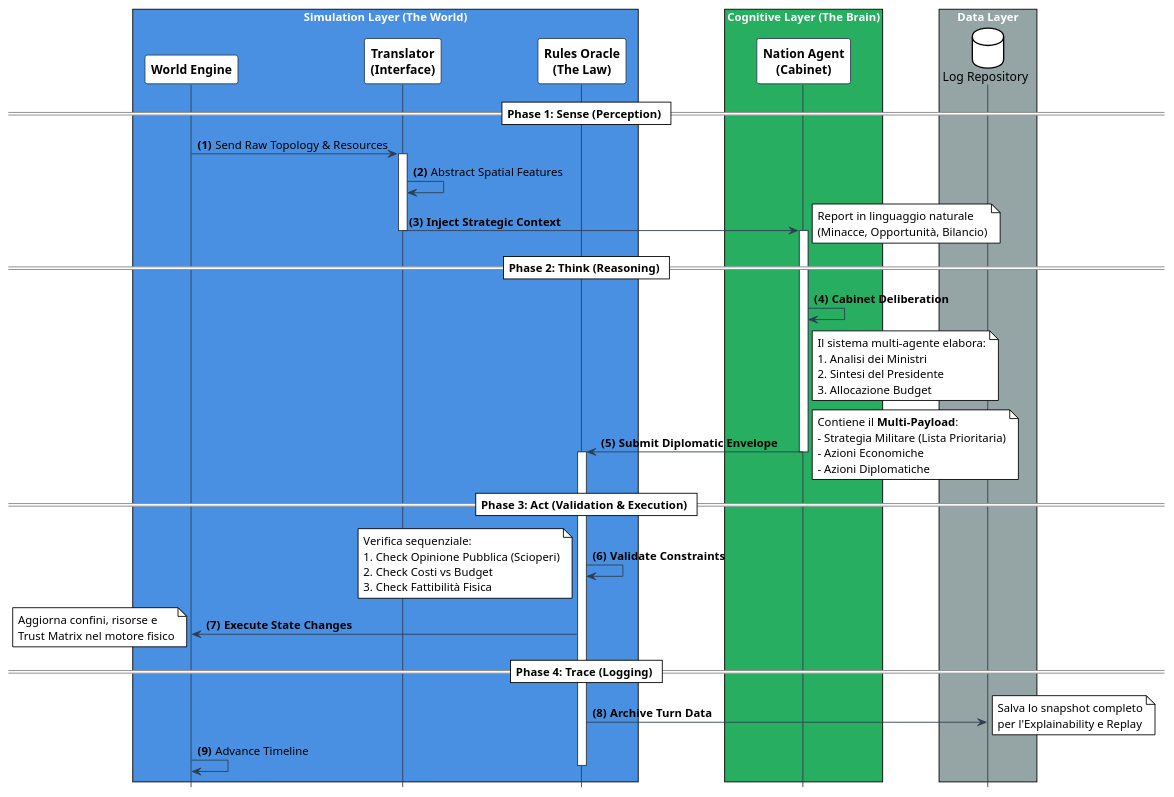
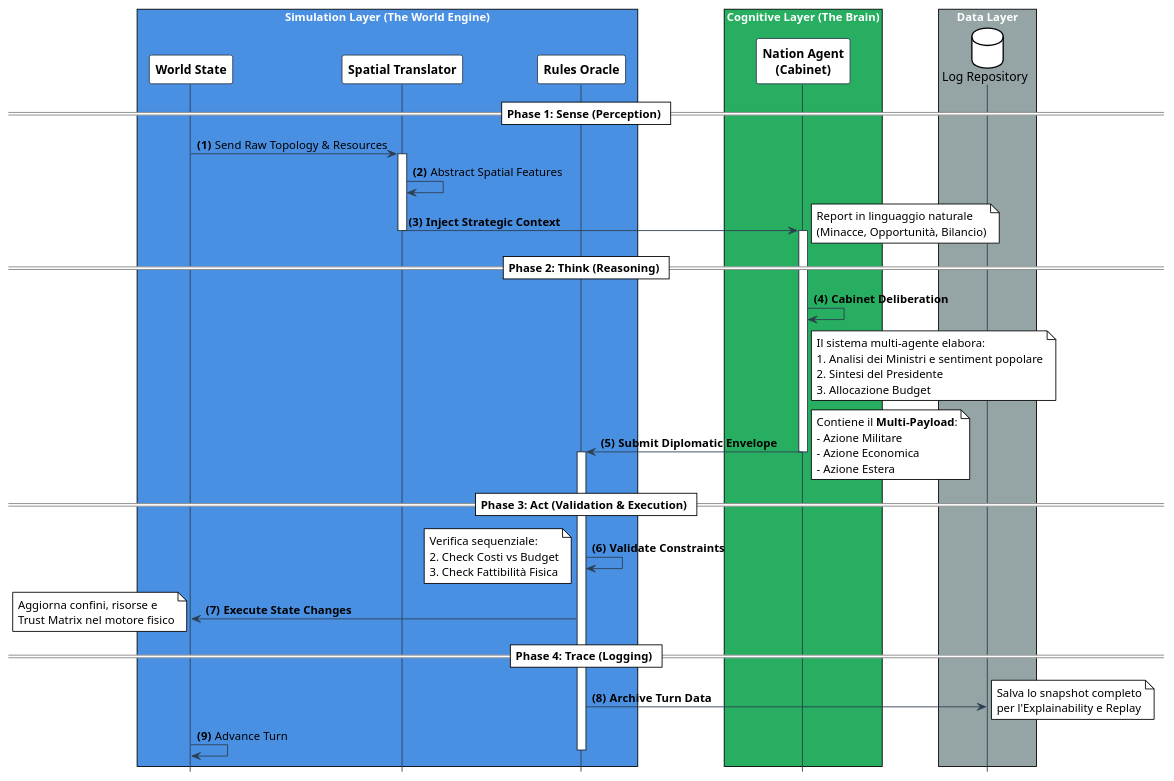
The diagram in diagrams/sequence.puml (SugarStoneMaster/GeoMAS), drawn with PlantUML before and after one commit.

Commit message:
Small fixes sequence

```diff
--- a/diagrams/sequence.puml
+++ b/diagrams/sequence.puml
@@ -1,92 +1,91 @@
 @startuml
 !theme plain
 hide footbox
 autonumber "<b>(0)</b>"
 
 ' --- STILE VISIVO ---
 skinparam sequence {
     ArrowColor #2C3E50
     LifeLineBorderColor #2C3E50
     LifeLineBackgroundColor White
 
     ParticipantBorderColor #2C3E50
     ParticipantBackgroundColor White
     ParticipantFontName Helvetica
     ParticipantFontSize 14
     ParticipantFontStyle bold
 
     BoxFontSize 16
     BoxFontColor White
 }
 
 ' --- ATTORI ---
 
-box "Simulation Layer (The World)" #4A90E2
-    participant "World Engine" as World
-    participant "Translator\n(Interface)" as Sense
-    participant "Rules Oracle\n(The Law)" as Oracle
+box "Simulation Layer (The World Engine)" #4A90E2
+    participant "World State" as World
+    participant "Spatial Translator" as Sense
+    participant "Rules Oracle" as Oracle
 end box
 
 box "Cognitive Layer (The Brain)" #27AE60
     participant "Nation Agent\n(Cabinet)" as Agent
 end box
 
 box "Data Layer" #95A5A6
     database "Log Repository" as DB
 end box
 
 ' --- INIZIO FLUSSO ---
 
 == Phase 1: Sense (Perception) ==
 
 World -> Sense : Send Raw Topology & Resources
 
 activate Sense
 Sense -> Sense : Abstract Spatial Features
 Sense -> Agent : <b>Inject Strategic Context</b>
 note right: Report in linguaggio naturale\n(Minacce, Opportunità, Bilancio)
 deactivate Sense
 
 == Phase 2: Think (Reasoning) ==
 
 activate Agent
 Agent -> Agent : <b>Cabinet Deliberation</b>
 note right of Agent
   Il sistema multi-agente elabora:
-  1. Analisi dei Ministri
+  1. Analisi dei Ministri e sentiment popolare
   2. Sintesi del Presidente
   3. Allocazione Budget
 end note
 
 Agent -> Oracle : <b>Submit Diplomatic Envelope</b>
 note right
   Contiene il <b>Multi-Payload</b>:
-  - Strategia Militare (Lista Prioritaria)
-  - Azioni Economiche
-  - Azioni Diplomatiche
+  - Azione Militare
+  - Azione Economica
+  - Azione Estera
 end note
 deactivate Agent
 
 == Phase 3: Act (Validation & Execution) ==
 
 activate Oracle
 Oracle -> Oracle : <b>Validate Constraints</b>
 note left
   Verifica sequenziale:
-  1. Check Opinione Pubblica (Scioperi)
   2. Check Costi vs Budget
   3. Check Fattibilità Fisica
 end note
 
 Oracle -> World : <b>Execute State Changes</b>
 note left: Aggiorna confini, risorse e\nTrust Matrix nel motore fisico
 
 == Phase 4: Trace (Logging) ==
 
 Oracle -> DB : <b>Archive Turn Data</b>
 note right: Salva lo snapshot completo\nper l'Explainability e Replay
 
-World -> World : Advance Timeline
+World -> World : Advance Turn
 deactivate Oracle
 
 @enduml
```
